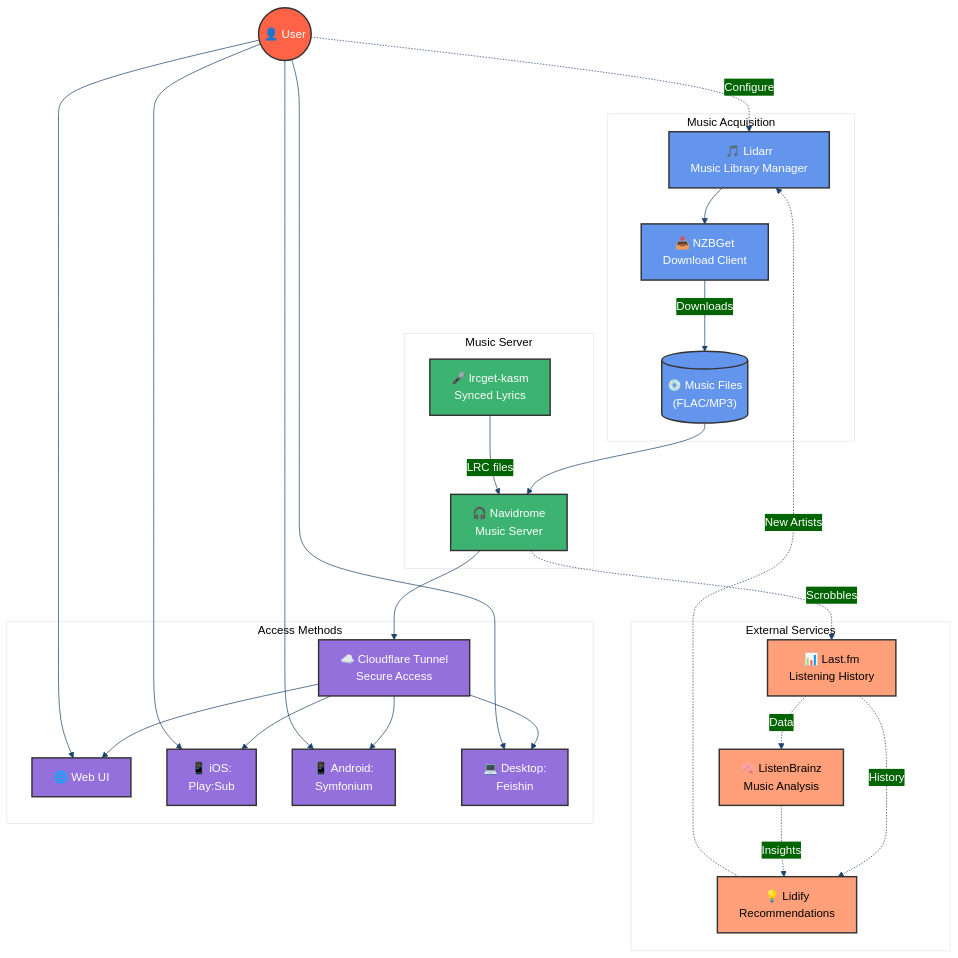
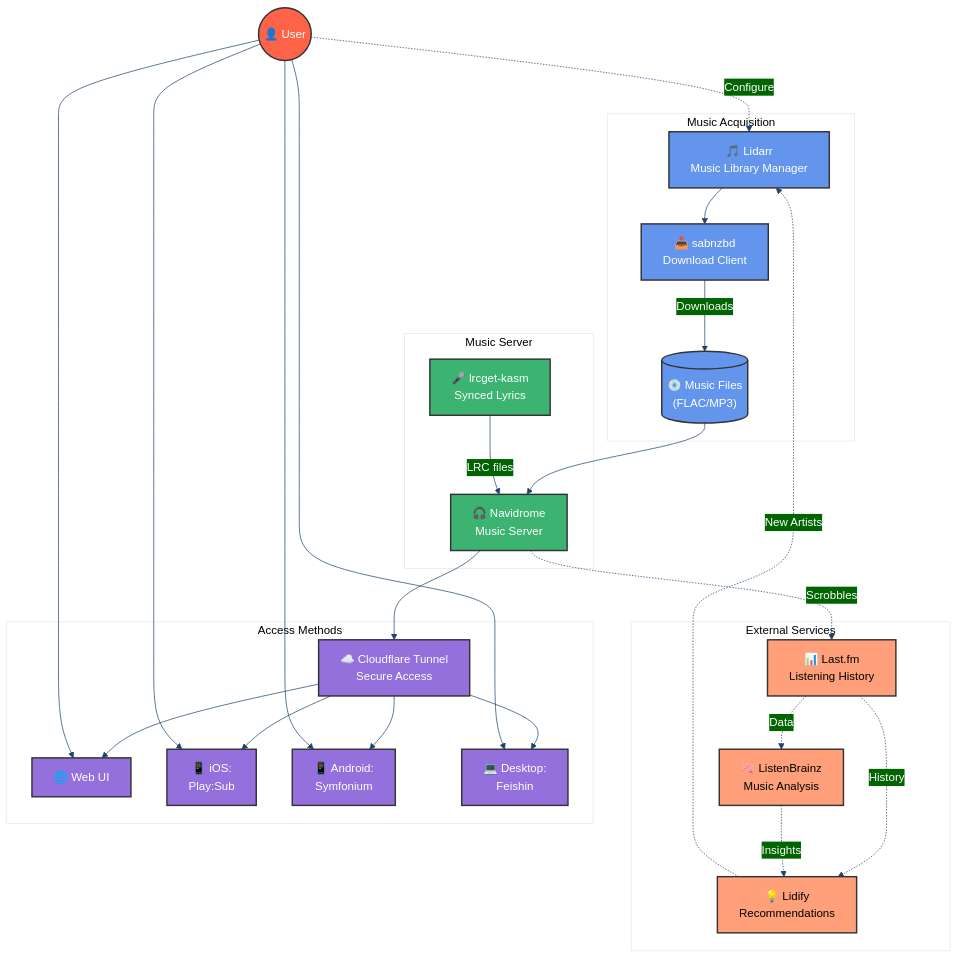
One commit to leshicodes/leshicodes.github.io changed the diagram in blog/2025-09-03-spotify-migration/index.mdx. Above: the diagram before and after it, drawn with Mermaid. The commit also changed other lines of this file, not shown here.

````diff
--- a/blog/2025-09-03-spotify-migration/index.mdx
+++ b/blog/2025-09-03-spotify-migration/index.mdx
@@ -30,46 +30,46 @@
 ```mermaid
 %%{init: {'theme': 'base', 'themeVariables': { 'primaryColor': '#5D8AA8', 'primaryTextColor': '#fff', 'primaryBorderColor': '#1F456E', 'lineColor': '#1F456E', 'secondaryColor': '#006400', 'tertiaryColor': '#fff' }}}%%
 flowchart TD
     classDef acquisition fill:#6495ED,stroke:#333,stroke-width:2px,color:white
     classDef server fill:#3CB371,stroke:#333,stroke-width:2px,color:white
     classDef external fill:#FFA07A,stroke:#333,stroke-width:2px,color:black
     classDef access fill:#9370DB,stroke:#333,stroke-width:2px,color:white
     classDef user fill:#FF6347,stroke:#333,stroke-width:2px,color:white,border-radius:50px
     
     subgraph "Music Acquisition"
-        Lidarr["🎵 Lidarr<br/>Music Library Manager"] --> NZBGet["📥 NZBGet<br/>Download Client"]
-        NZBGet --> |Downloads| MusicFiles[("💿 Music Files<br/>(FLAC/MP3)")]
+        Lidarr["🎵 Lidarr<br/>Music Library Manager"] --> sabnzbd["📥 sabnzbd<br/>Download Client"]
+        sabnzbd --> |Downloads| MusicFiles[("💿 Music Files<br/>(FLAC/MP3)")]
     end
     
     subgraph "Music Server"
         MusicFiles --> Navidrome["🎧 Navidrome<br/>Music Server"]
         lrcget["🎤 lrcget-kasm<br/>Synced Lyrics"] --> |LRC files| Navidrome
     end
     
     subgraph "External Services"
         Navidrome -.->|Scrobbles| LastFM["📊 Last.fm<br/>Listening History"]
         LastFM -.->|Data| ListenBrainz["🧠 ListenBrainz<br/>Music Analysis"]
         LastFM -.->|History| Lidify["💡 Lidify<br/>Recommendations"]
         ListenBrainz -.->|Insights| Lidify
         Lidify -.->|New Artists| Lidarr
     end
     
     subgraph "Access Methods"
         CloudflareTunnel["☁️ Cloudflare Tunnel<br/>Secure Access"]
         Navidrome --> CloudflareTunnel
         CloudflareTunnel --> WebUI["🌐 Web UI"]
         CloudflareTunnel --> PlaySub["📱 iOS:<br/>Play:Sub"]
         CloudflareTunnel --> Symfonium["📱 Android:<br/>Symfonium"]
         CloudflareTunnel --> Feishin["💻 Desktop:<br/>Feishin"]
     end
     
     User(("👤 User")) --> WebUI & PlaySub & Symfonium & Feishin
     User -.->|Configure| Lidarr
     
     %% Apply classes
-    class Lidarr,NZBGet,MusicFiles acquisition
+    class Lidarr,sabnzbd,MusicFiles acquisition
     class Navidrome,lrcget server
     class LastFM,ListenBrainz,Lidify external
     class CloudflareTunnel,WebUI,PlaySub,Symfonium,Feishin access
     class User user
 ```
````
